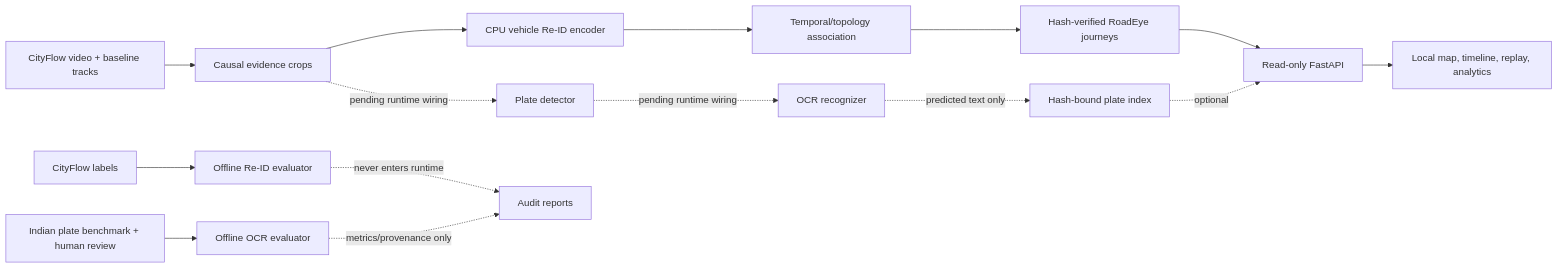
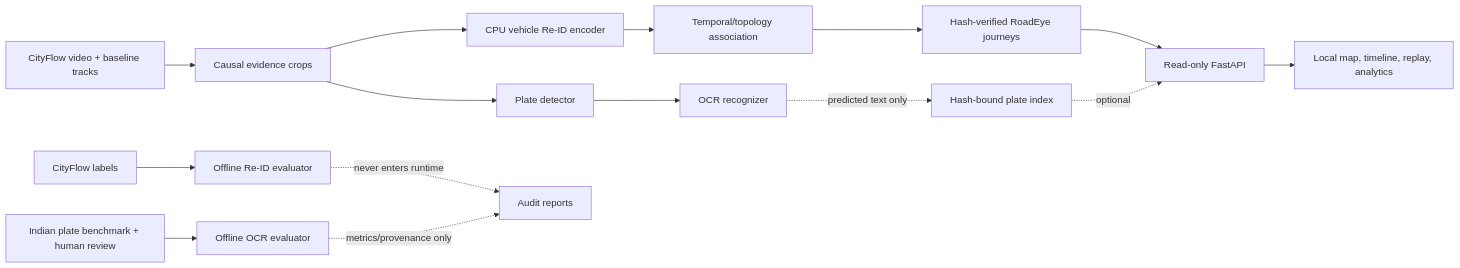
The diagram in reports/final-demo-presentation.md (ashuujha/RoadEye), drawn with Mermaid before and after one commit. The commit also changed other lines of this file and 18 other files, not shown here.

Commit message:
feat(anpr, hours 33-47): record sealed OCR and integrate plate evidence

````diff
--- a/reports/final-demo-presentation.md
+++ b/reports/final-demo-presentation.md
@@ -28,19 +28,19 @@
 ```mermaid
 flowchart LR
   C[CityFlow video + baseline tracks] --> X[Causal evidence crops]
   X --> R[CPU vehicle Re-ID encoder]
   R --> A[Temporal/topology association]
   A --> P[Hash-verified RoadEye journeys]
   P --> API[Read-only FastAPI]
   API --> UI[Local map, timeline, replay, analytics]
 
-  X -. pending runtime wiring .-> D[Plate detector]
-  D -. pending runtime wiring .-> O[OCR recognizer]
+  X --> D[Plate detector]
+  D --> O[OCR recognizer]
   O -. predicted text only .-> I[Hash-bound plate index]
   I -. optional .-> API
 
   G[CityFlow labels] --> E[Offline Re-ID evaluator]
   B[Indian plate benchmark + human review] --> OE[Offline OCR evaluator]
   E -. never enters runtime .-> Q[Audit reports]
   OE -. metrics/provenance only .-> Q
 ```
````
